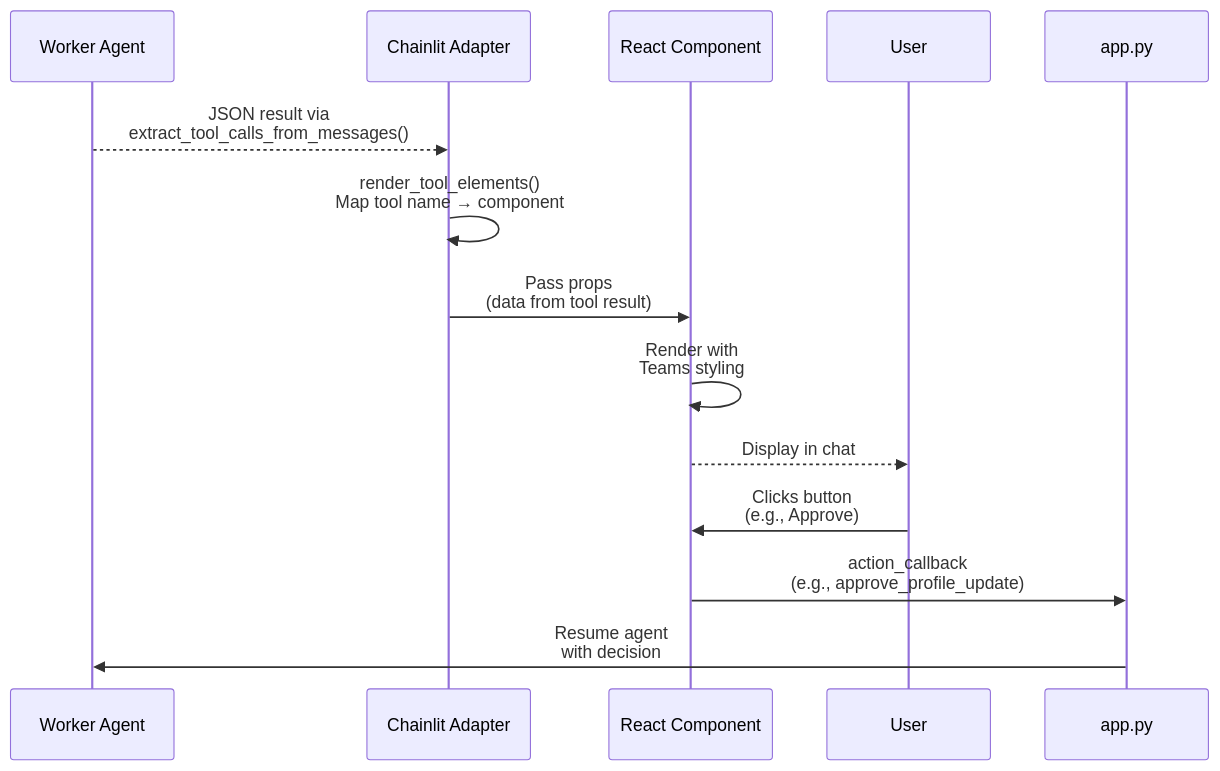
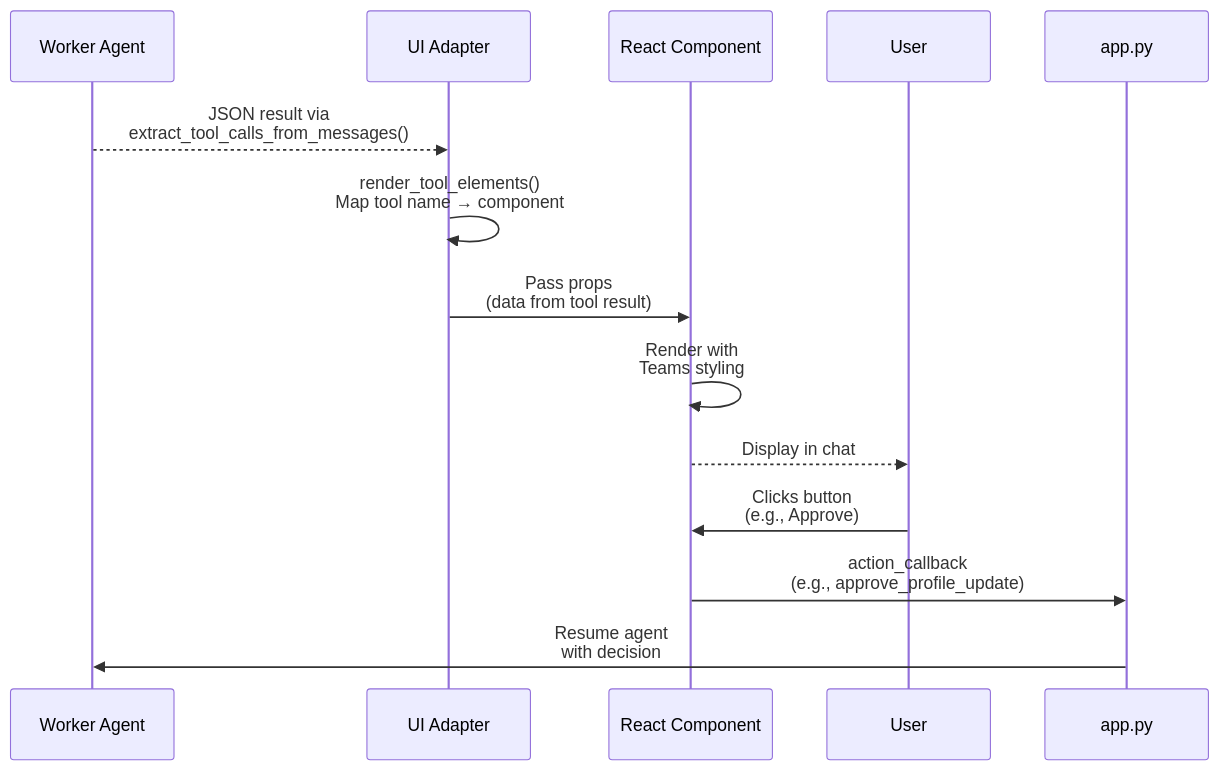
One commit to savipk/autochat changed the tenth of 10 diagrams in docs/architecture/09-ui-component-tree.md. Above: the diagram before and after it, drawn with Mermaid. The commit also changed other lines of this file and 14 other files, not shown here.

````diff
--- a/docs/architecture/09-ui-component-tree.md
+++ b/docs/architecture/09-ui-component-tree.md
@@ -325,24 +325,24 @@
 ```mermaid
 sequenceDiagram
     participant Worker as Worker Agent
-    participant Adapter as Chainlit Adapter
+    participant Adapter as UI Adapter
     participant Component as React Component
     participant User as User
     participant App as app.py
 
     Worker-->>Adapter: JSON result via<br/>extract_tool_calls_from_messages()
 
     Adapter->>Adapter: render_tool_elements()<br/>Map tool name → component
 
     Adapter->>Component: Pass props<br/>(data from tool result)
 
     Component->>Component: Render with<br/>Teams styling
 
     Component-->>User: Display in chat
 
     User->>Component: Clicks button<br/>(e.g., Approve)
 
     Component->>App: action_callback<br/>(e.g., approve_profile_update)
 
     App->>Worker: Resume agent<br/>with decision
 ```
````
